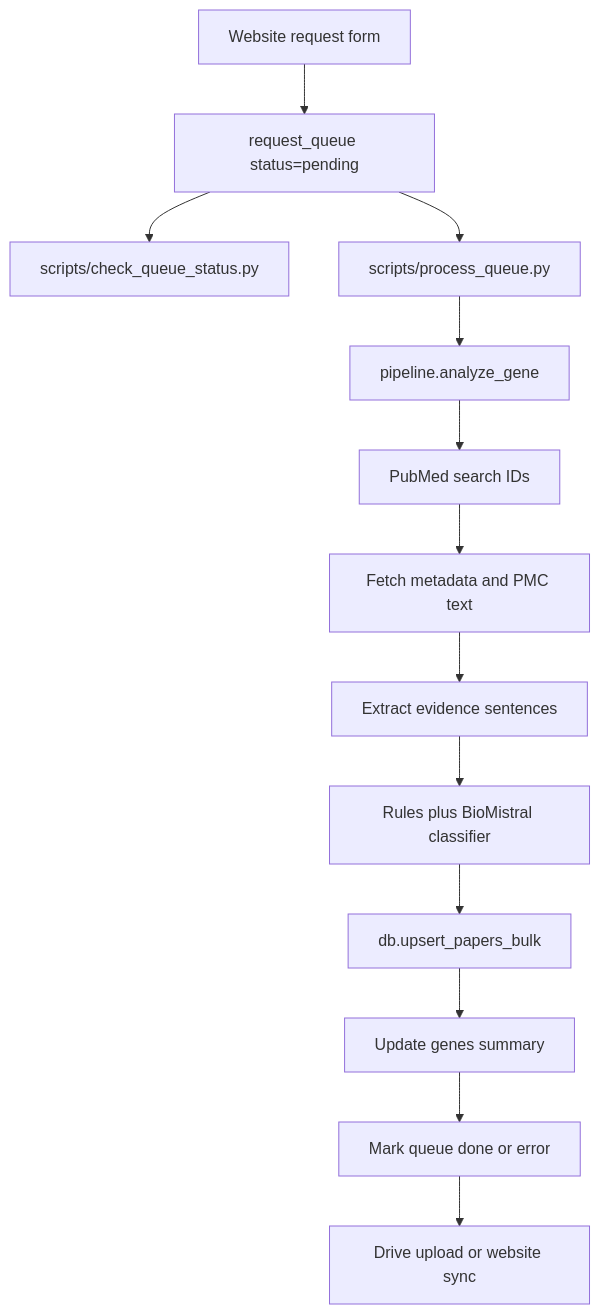
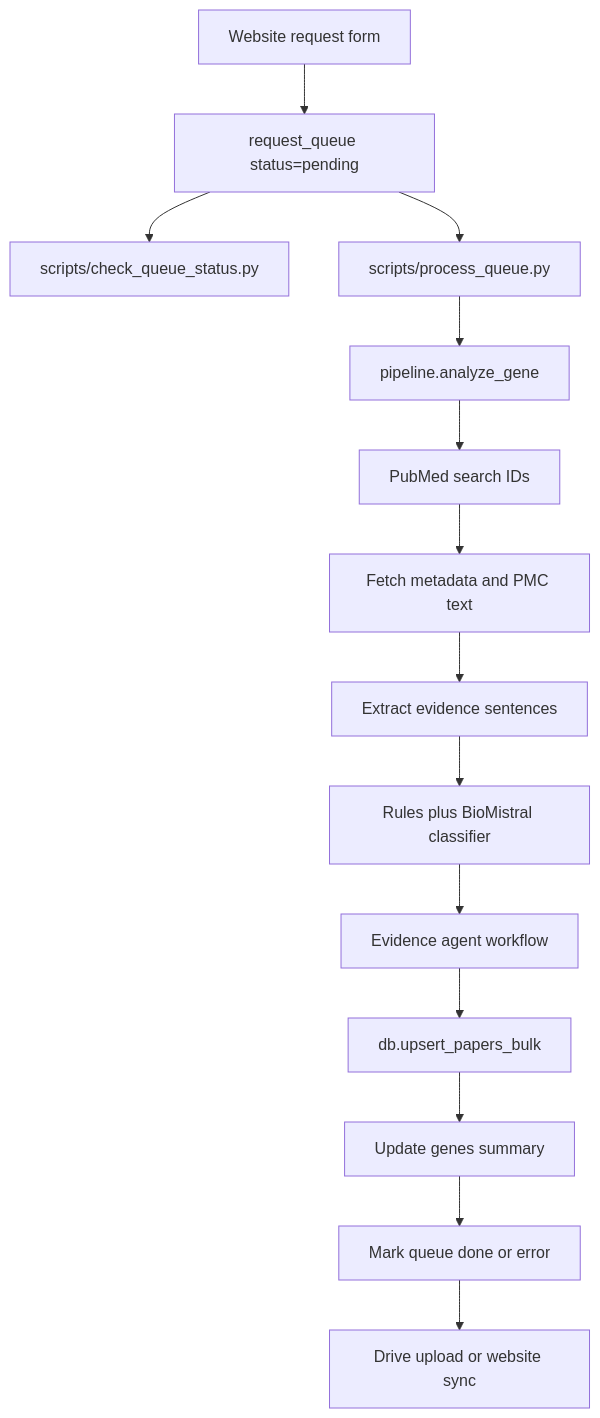
One commit to rf2960/pubmed-llm changed the second of 2 diagrams in README.md. Above: the diagram before and after it, drawn with Mermaid. The commit also changed other lines of this file and 7 other files, not shown here.

Commit message:
Add evidence agent workflow

````diff
--- a/README.md
+++ b/README.md
@@ -78,15 +80,16 @@
 ```mermaid
 flowchart TD
     A["Website request form"] --> B["request_queue status=pending"]
     B --> C["scripts/check_queue_status.py"]
     B --> D["scripts/process_queue.py"]
     D --> E["pipeline.analyze_gene"]
     E --> F["PubMed search IDs"]
     F --> G["Fetch metadata and PMC text"]
     G --> H["Extract evidence sentences"]
     H --> I["Rules plus BioMistral classifier"]
-    I --> J["db.upsert_papers_bulk"]
-    J --> K["Update genes summary"]
-    K --> L["Mark queue done or error"]
-    L --> M["Drive upload or website sync"]
+    I --> J["Evidence agent workflow"]
+    J --> K["db.upsert_papers_bulk"]
+    K --> L["Update genes summary"]
+    L --> M["Mark queue done or error"]
+    M --> N["Drive upload or website sync"]
 ```
````
